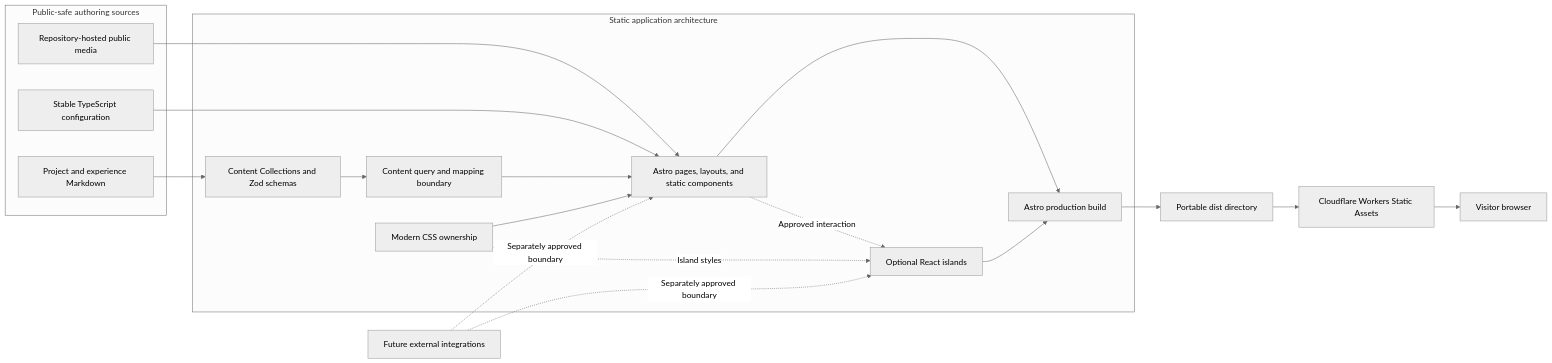
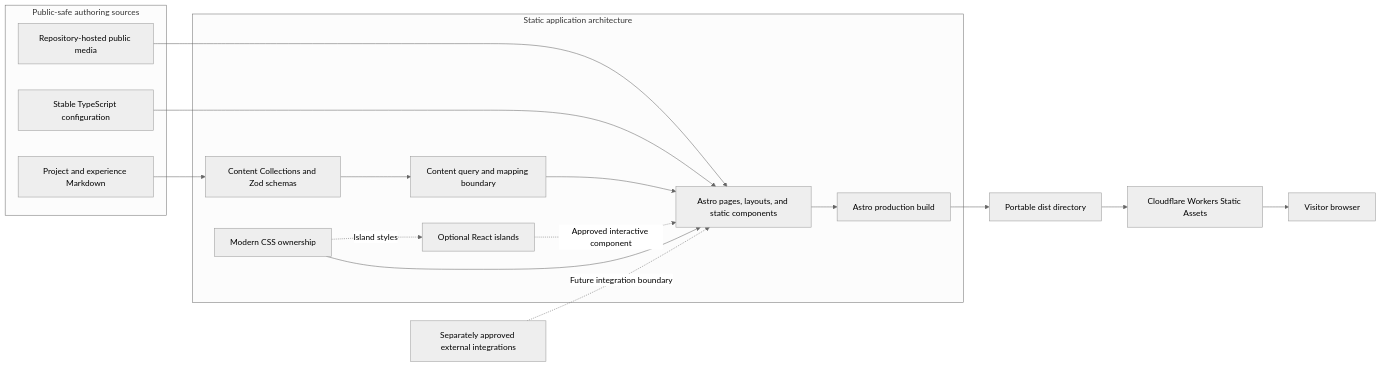
The first of 2 diagrams in docs/architecture/high-level-architecture.md (LuisArostegui/portfolio), drawn with Mermaid (neutral theme) before and after one commit. The commit also changed other lines of this file, not shown here.

Commit message:
docs: refine high-level architecture and clarify integration boundaries

````diff
--- a/docs/architecture/high-level-architecture.md
+++ b/docs/architecture/high-level-architecture.md
@@ -112,38 +112,36 @@
 ```mermaid
 flowchart LR
     subgraph Authoring["Public-safe authoring sources"]
         Markdown["Project and experience Markdown"]
         Media["Repository-hosted public media"]
         Config["Stable TypeScript configuration"]
     end
 
     subgraph Core["Static application architecture"]
         Loading["Content Collections and Zod schemas"]
         Queries["Content query and mapping boundary"]
         Astro["Astro pages, layouts, and static components"]
         Islands["Optional React islands"]
         CSS["Modern CSS ownership"]
         Build["Astro production build"]
     end
 
     Dist["Portable dist directory"]
     Delivery["Cloudflare Workers Static Assets"]
     Browser["Visitor browser"]
-    Future["Future external integrations"]
+    Future["Separately approved external integrations"]
 
     Markdown --> Loading
     Media --> Astro
     Config --> Astro
     Loading --> Queries
     Queries --> Astro
-    Astro -. "Approved interaction" .-> Islands
+    Islands -. Approved interactive component .-> Astro
     CSS --> Astro
-    CSS -. "Island styles" .-> Islands
+    CSS -. Island styles .-> Islands
     Astro --> Build
-    Islands --> Build
     Build --> Dist
     Dist --> Delivery
     Delivery --> Browser
-    Future -. "Separately approved boundary" .-> Astro
-    Future -. "Separately approved boundary" .-> Islands
+    Future -. Future integration boundary .-> Astro
 ```
````
